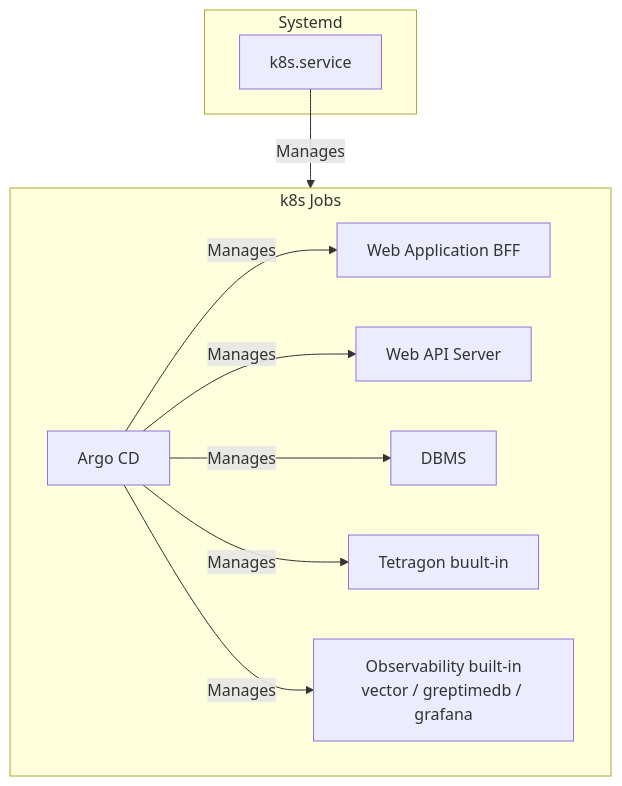
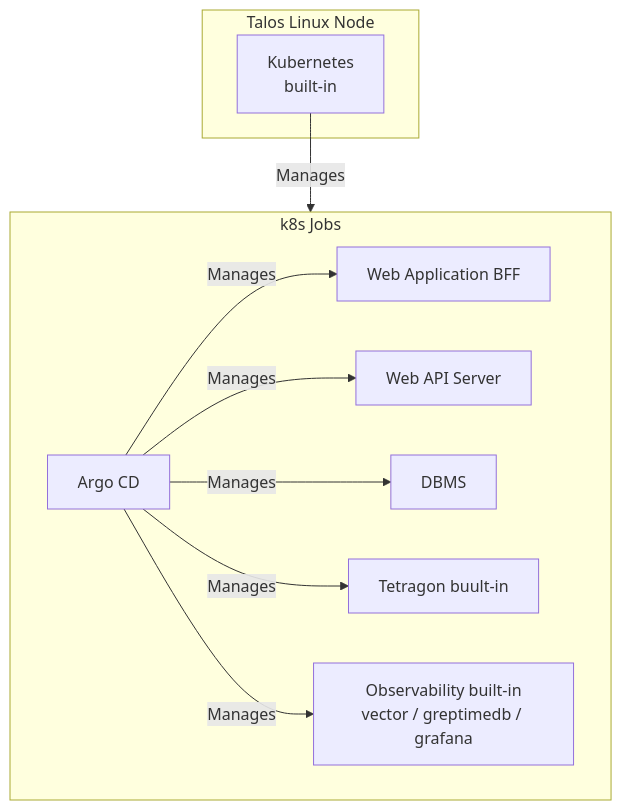
One commit to ops-frontier/sakura-talos-argocd changed the diagram in README.md. Above: the diagram before and after it, drawn with Mermaid. The commit also changed other lines of this file and 58 other files, not shown here.

````diff
--- a/README.md
+++ b/README.md
@@ -89,22 +93,22 @@
 ```mermaid
 graph TD
-  subgraph Systemd [Systemd]
-    k8s[k8s.service]
+  subgraph talos-node [Talos Linux Node]
+    k8s[Kubernetes<br>built-in]
   end
 
   subgraph k8s-block [k8s Jobs]
     argocd[Argo CD]
     web-app[Web Application BFF]
     api[Web API Server]
     database[DBMS]
     tetragon[Tetragon buult-in]
     observability[Observability built-in<br>vector / greptimedb / grafana]
   end
   
   k8s -->|Manages| k8s-block
   argocd -->|Manages| web-app
   argocd -->|Manages| api
   argocd -->|Manages| database
   argocd -->|Manages| tetragon
   argocd -->|Manages| observability
 ```
````
